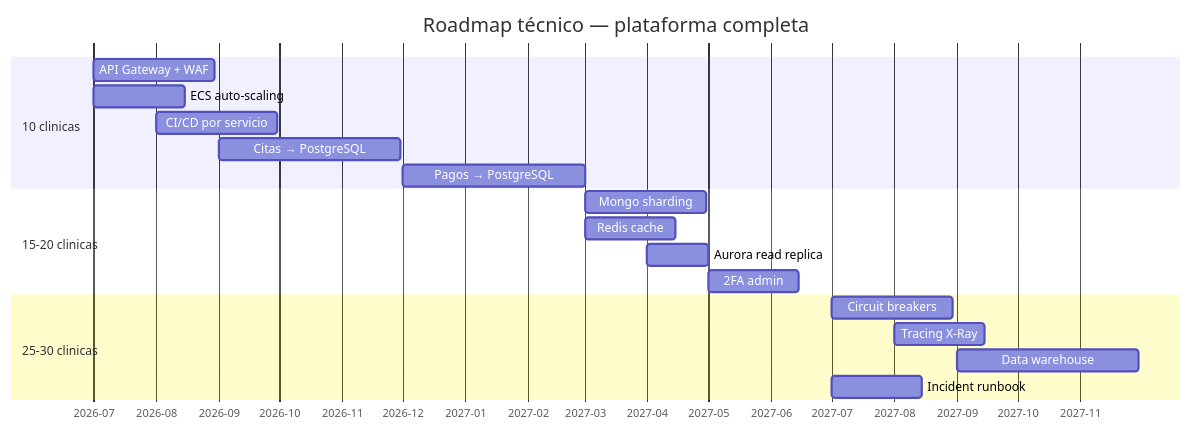
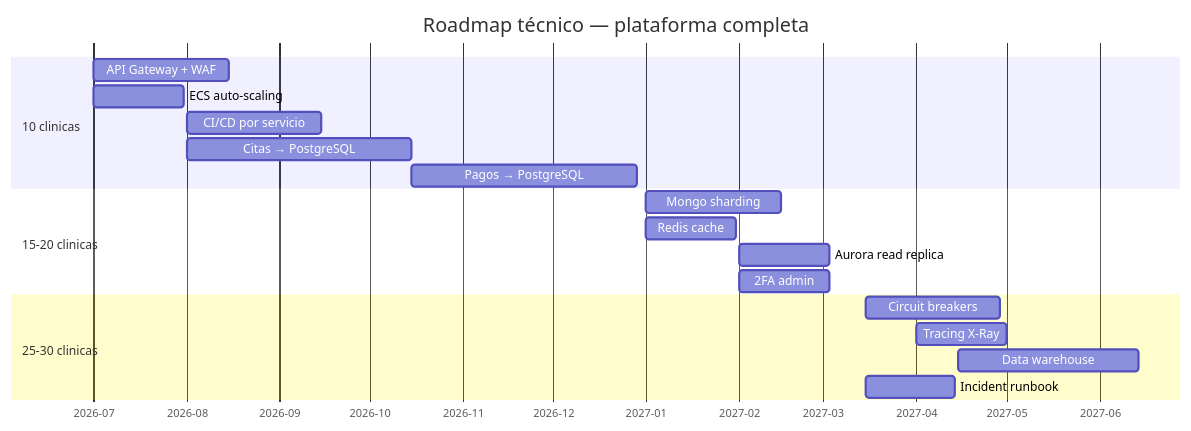
Diagram 20 of 20 in README.md (gmeono94/nua-salud-panel), drawn with Mermaid before and after one commit. The commit also changed other lines of this file, not shown here.

Commit message:
docs: compress roadmap timelines to finish by Q2 2027

````diff
--- a/README.md
+++ b/README.md
@@ -1037,25 +1037,25 @@
 ```mermaid
 gantt
     title Roadmap técnico — plataforma completa
     dateFormat YYYY-MM-DD
     axisFormat %Y-%m
 
     section 10 clinicas
-    API Gateway + WAF     :2026-07-01, 60d
-    ECS auto-scaling      :2026-07-01, 45d
-    CI/CD por servicio    :2026-08-01, 60d
-    Citas → PostgreSQL    :2026-09-01, 90d
-    Pagos → PostgreSQL    :2026-12-01, 90d
+    API Gateway + WAF     :2026-07-01, 45d
+    ECS auto-scaling      :2026-07-01, 30d
+    CI/CD por servicio    :2026-08-01, 45d
+    Citas → PostgreSQL    :2026-08-01, 75d
+    Pagos → PostgreSQL    :2026-10-15, 75d
 
     section 15-20 clinicas
-    Mongo sharding        :2027-03-01, 60d
-    Redis cache           :2027-03-01, 45d
-    Aurora read replica   :2027-04-01, 30d
-    2FA admin             :2027-05-01, 45d
+    Mongo sharding        :2027-01-01, 45d
+    Redis cache           :2027-01-01, 30d
+    Aurora read replica   :2027-02-01, 30d
+    2FA admin             :2027-02-01, 30d
 
     section 25-30 clinicas
-    Circuit breakers      :2027-07-01, 60d
-    Tracing X-Ray         :2027-08-01, 45d
-    Data warehouse        :2027-09-01, 90d
-    Incident runbook      :2027-07-01, 45d
+    Circuit breakers      :2027-03-15, 45d
+    Tracing X-Ray         :2027-04-01, 30d
+    Data warehouse        :2027-04-15, 60d
+    Incident runbook      :2027-03-15, 30d
 ```
````
